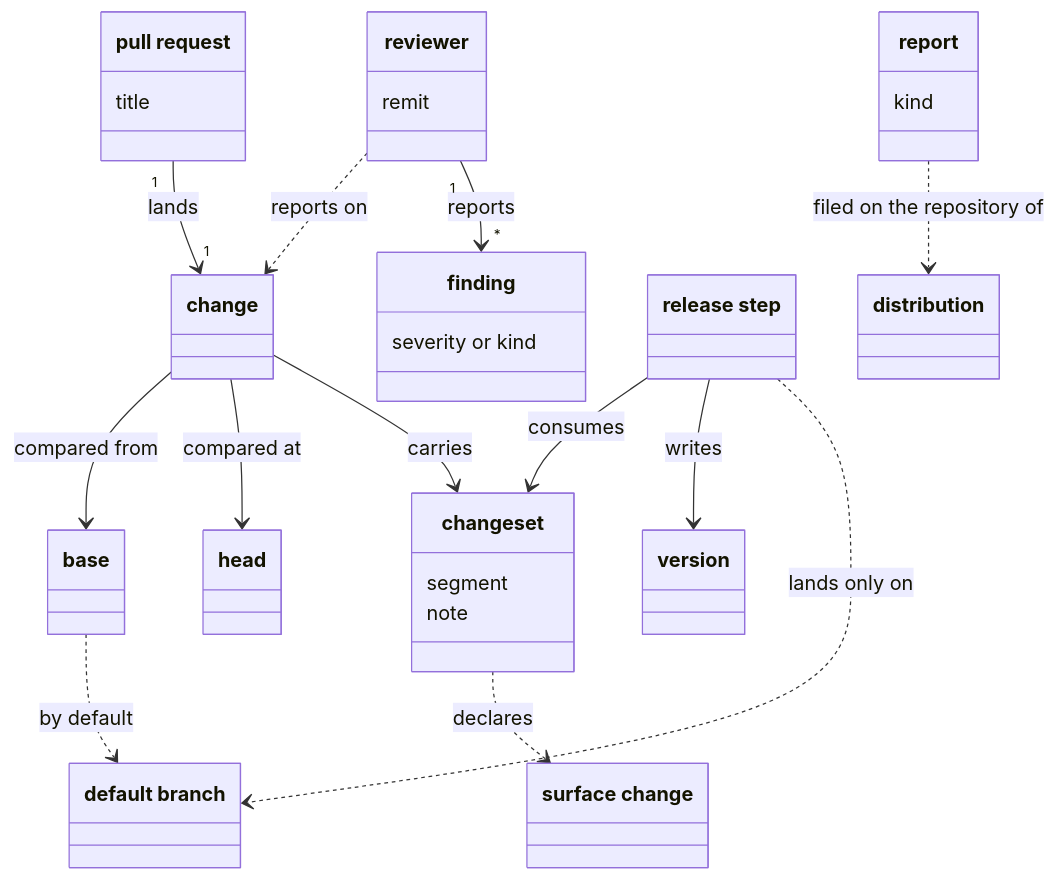
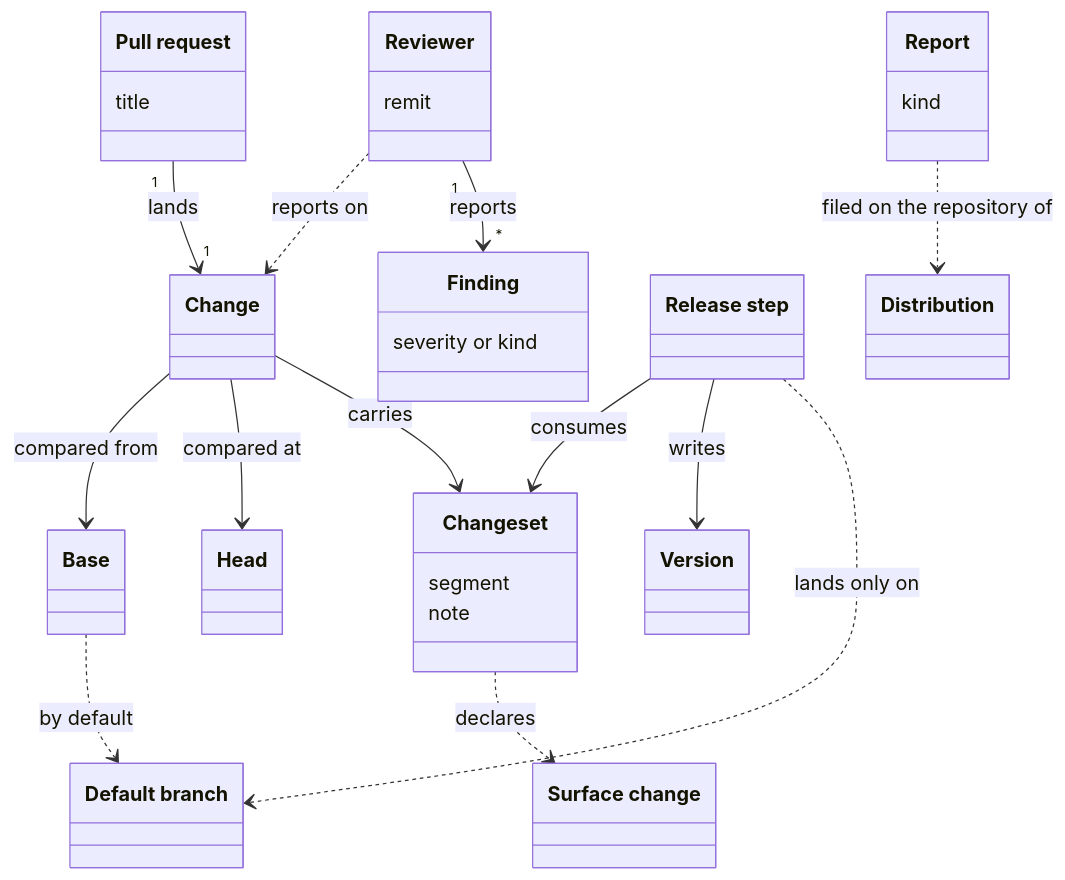
One commit to aleskalfas/project-kit changed the diagram in tech-docs/analysis/core/domain-model/060-changes-review-and-releases.md. Above: the diagram before and after it, drawn with Mermaid. The commit also changed other lines of this file and 6 other files, not shown here.

````diff
--- a/tech-docs/analysis/core/domain-model/060-changes-review-and-releases.md
+++ b/tech-docs/analysis/core/domain-model/060-changes-review-and-releases.md
@@ -61,36 +61,36 @@
 ```mermaid
 classDiagram
   accTitle: Changes, review and releases
   accDescr: A pull request lands one change on its target branch. A check compares the change's head with its base, by default the default branch. A reviewer reports findings on a draft or a change. A change declares a surface change in a changeset. The release step consumes the pending changesets, writes new versions and lands only on the default branch. A report is filed on the repository of a distribution.
-  class Change["change"]
-  class PullRequest["pull request"]
+  class Change["Change"]
+  class PullRequest["Pull request"]
   PullRequest : title
-  class Base["base"]
-  class Head["head"]
-  class DefaultBranch["default branch"]
-  class Report["report"]
+  class Base["Base"]
+  class Head["Head"]
+  class DefaultBranch["Default branch"]
+  class Report["Report"]
   Report : kind
-  class Reviewer["reviewer"]
+  class Reviewer["Reviewer"]
   Reviewer : remit
-  class Finding["finding"]
+  class Finding["Finding"]
   Finding : severity or kind
-  class SurfaceChange["surface change"]
-  class Changeset["changeset"]
+  class SurfaceChange["Surface change"]
+  class Changeset["Changeset"]
   Changeset : segment
   Changeset : note
-  class ReleaseStep["release step"]
-  class Version["version"]
-  class Distribution["distribution"]
+  class ReleaseStep["Release step"]
+  class Version["Version"]
+  class Distribution["Distribution"]
   PullRequest "1" --> "1" Change : lands
   Change --> Base : compared from
   Change --> Head : compared at
   Base ..> DefaultBranch : by default
   Reviewer ..> Change : reports on
   Reviewer "1" --> "*" Finding : reports
   Change --> Changeset : carries
   Changeset ..> SurfaceChange : declares
   ReleaseStep --> Changeset : consumes
   ReleaseStep --> Version : writes
   ReleaseStep ..> DefaultBranch : lands only on
   Report ..> Distribution : filed on the repository of
 ```
````
